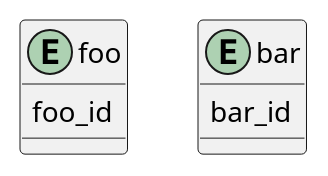
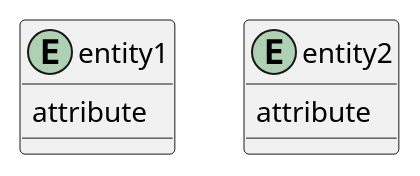
Before and after one commit to crsml/plantuml: the first of 9 diagrams in er-diagram-cheat-sheet.md, drawn with PlantUML. The commit also changed other lines of this file, not shown here.

````diff
--- a/er-diagram-cheat-sheet.md
+++ b/er-diagram-cheat-sheet.md
@@ -7,10 +7,10 @@
 ```uml
 @startuml
-    entity foo {
-        foo_id
+    entity entity1 {
+        attribute
     }
-    entity bar {
-        bar_id
+    entity entity2 {
+        attribute
     }
 @enduml
 ```
````
